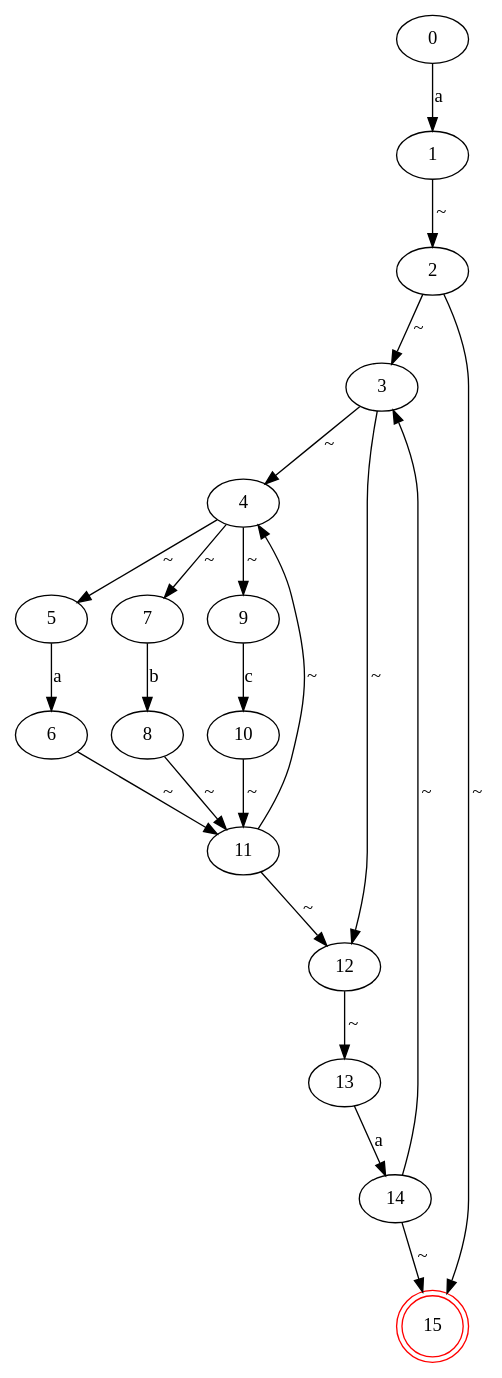
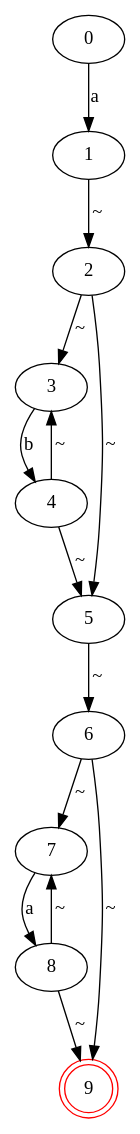
The diagram in tmp/test_nfa.dot (JameyWoo/re2graph), drawn with Graphviz before and after one commit. The commit also changed 10 other files, not shown here.

```diff
--- a/tmp/test_nfa.dot
+++ b/tmp/test_nfa.dot
@@ -1,39 +1,25 @@
 digraph {
 	0 [label="0"]
 	1 [label="1"]
 	2 [label="2"]
 	3 [label="3"]
 	4 [label="4"]
 	5 [label="5"]
 	6 [label="6"]
 	7 [label="7"]
 	8 [label="8"]
-	9 [label="9"]
-	10 [label="10"]
-	11 [label="11"]
-	12 [label="12"]
-	13 [label="13"]
-	14 [label="14"]
-	15 [label="15" color=red shape=doublecircle]
+	9 [label="9" color=red shape=doublecircle]
 	0 -> 1 [label="a"]
 	1 -> 2 [label="~"]
 	2 -> 3 [label="~"]
-	2 -> 15 [label="~"]
-	3 -> 4 [label="~"]
-	3 -> 12 [label="~"]
+	2 -> 5 [label="~"]
+	3 -> 4 [label="b"]
+	4 -> 3 [label="~"]
 	4 -> 5 [label="~"]
-	4 -> 7 [label="~"]
-	4 -> 9 [label="~"]
-	5 -> 6 [label="a"]
-	6 -> 11 [label="~"]
-	7 -> 8 [label="b"]
-	8 -> 11 [label="~"]
-	9 -> 10 [label="c"]
-	10 -> 11 [label="~"]
-	11 -> 4 [label="~"]
-	11 -> 12 [label="~"]
-	12 -> 13 [label="~"]
-	13 -> 14 [label="a"]
-	14 -> 3 [label="~"]
-	14 -> 15 [label="~"]
+	5 -> 6 [label="~"]
+	6 -> 7 [label="~"]
+	6 -> 9 [label="~"]
+	7 -> 8 [label="a"]
+	8 -> 7 [label="~"]
+	8 -> 9 [label="~"]
 }
```
